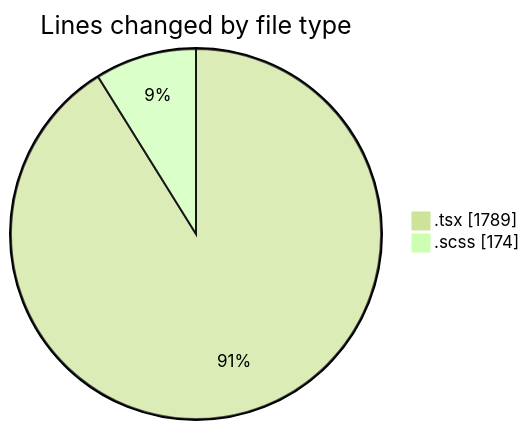
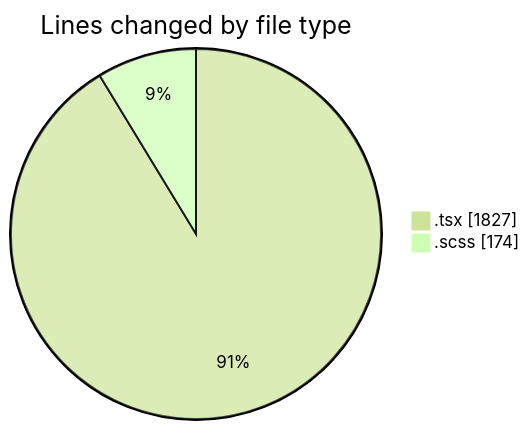
Before and after one commit to momahboobian/code-tracking: the first of 2 diagrams in 2025-04-07/cda/README.md, drawn with Mermaid (forest theme). The commit also changed other lines of this file and 1 other file, not shown here.

````diff
--- a/2025-04-07/cda/README.md
+++ b/2025-04-07/cda/README.md
@@ -26,6 +26,6 @@
 ```mermaid
 pie showData
 title Lines changed by file type
-".tsx" : 1789
+".tsx" : 1827
 ".scss" : 174
 ```
````
